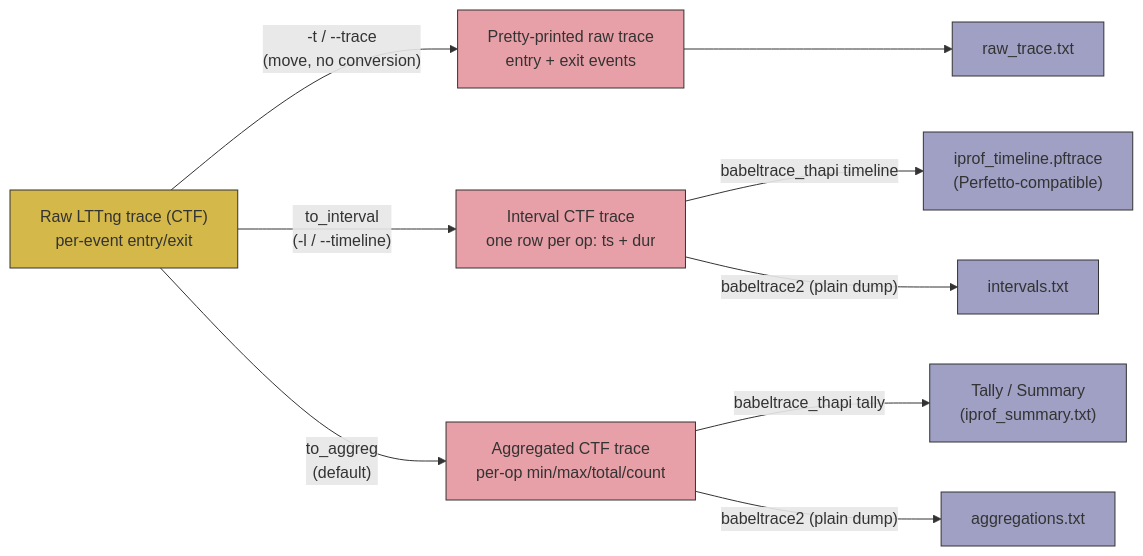
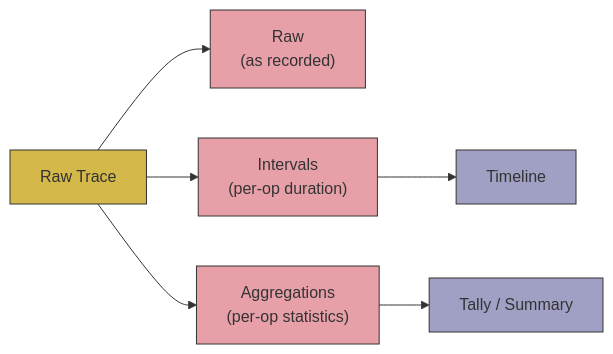
The third of 4 diagrams in slides/2026_TracingIAML/README.md (DonAurelio/notes), drawn with Mermaid before and after one commit. The commit also changed other lines of this file and 3 other files, not shown here.

````diff
--- a/slides/2026_TracingIAML/README.md
+++ b/slides/2026_TracingIAML/README.md
@@ -420,24 +445,19 @@
 ```mermaid
 flowchart LR
-    RAW["Raw LTTng trace (CTF)<br/>per-event entry/exit"]
+    RAW["Raw Trace"]
 
-    RAW -->|"-t / --trace<br/>(move, no conversion)"| PRETTY["Pretty-printed raw trace<br/>entry + exit events"]
-    RAW -->|"to_interval<br/>(-l / --timeline)"| INTERVAL["Interval CTF trace<br/>one row per op: ts + dur"]
-    RAW -->|"to_aggreg<br/>(default)"| AGGREG["Aggregated CTF trace<br/>per-op min/max/total/count"]
+    RAW --> PRETTY["Raw<br/>(as recorded)"]
+    RAW --> INTERVAL["Intervals<br/>(per-op duration)"]
+    RAW --> AGGREG["Aggregations<br/>(per-op statistics)"]
 
-    PRETTY --> PRETTYOUT["raw_trace.txt"]
-
-    INTERVAL -->|"babeltrace_thapi timeline"| TIMELINE["iprof_timeline.pftrace<br/>(Perfetto-compatible)"]
-    INTERVAL -->|"babeltrace2 (plain dump)"| INTERVALTXT["intervals.txt"]
-
-    AGGREG -->|"babeltrace_thapi tally"| TALLY["Tally / Summary<br/>(iprof_summary.txt)"]
-    AGGREG -->|"babeltrace2 (plain dump)"| AGGREGTXT["aggregations.txt"]
+    INTERVAL --> TIMELINE["Timeline"]
+    AGGREG --> TALLY["Tally / Summary"]
 
     classDef raw fill:#d4b84a,stroke:#333,stroke-width:1px;
     classDef mid fill:#e8a0a8,stroke:#333,stroke-width:1px;
     classDef out fill:#9fa0c3,stroke:#333,stroke-width:1px;
 
     class RAW raw;
     class PRETTY,INTERVAL,AGGREG mid;
-    class TIMELINE,INTERVALTXT,TALLY,AGGREGTXT,PRETTYOUT out;
+    class TIMELINE,TALLY out;
 ```
````
